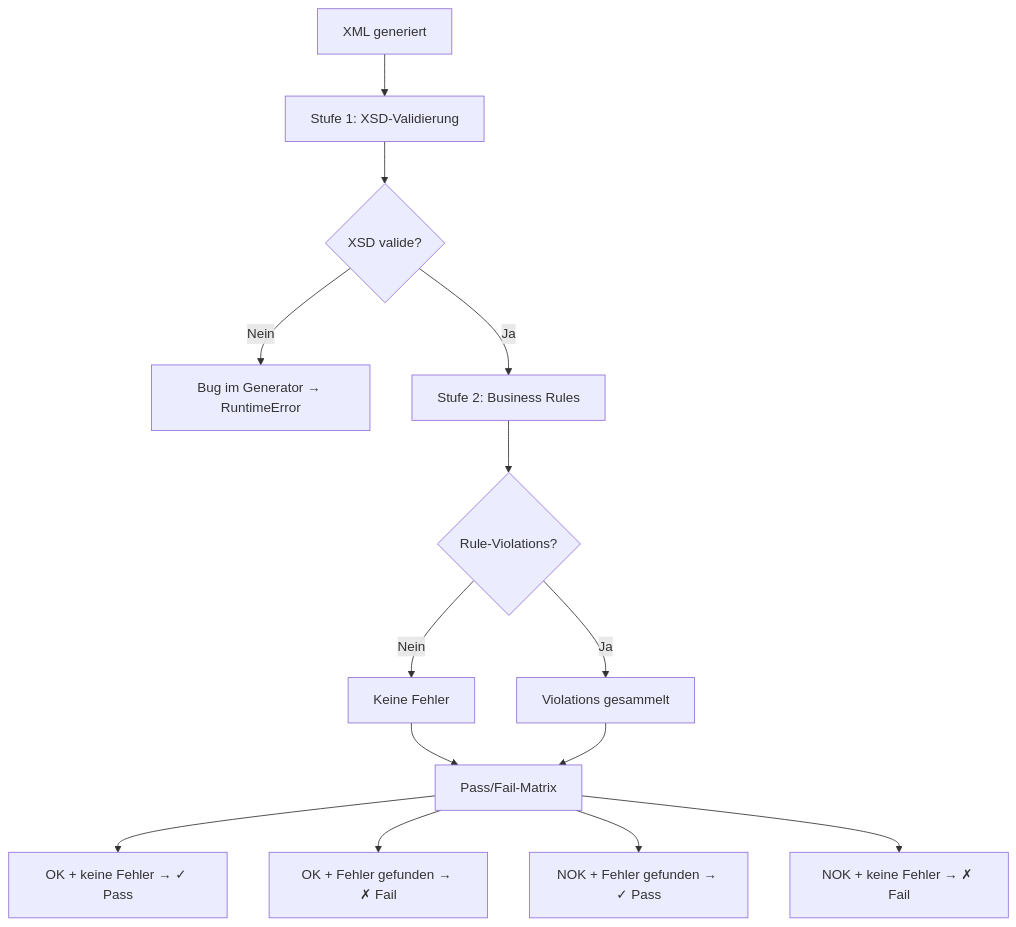
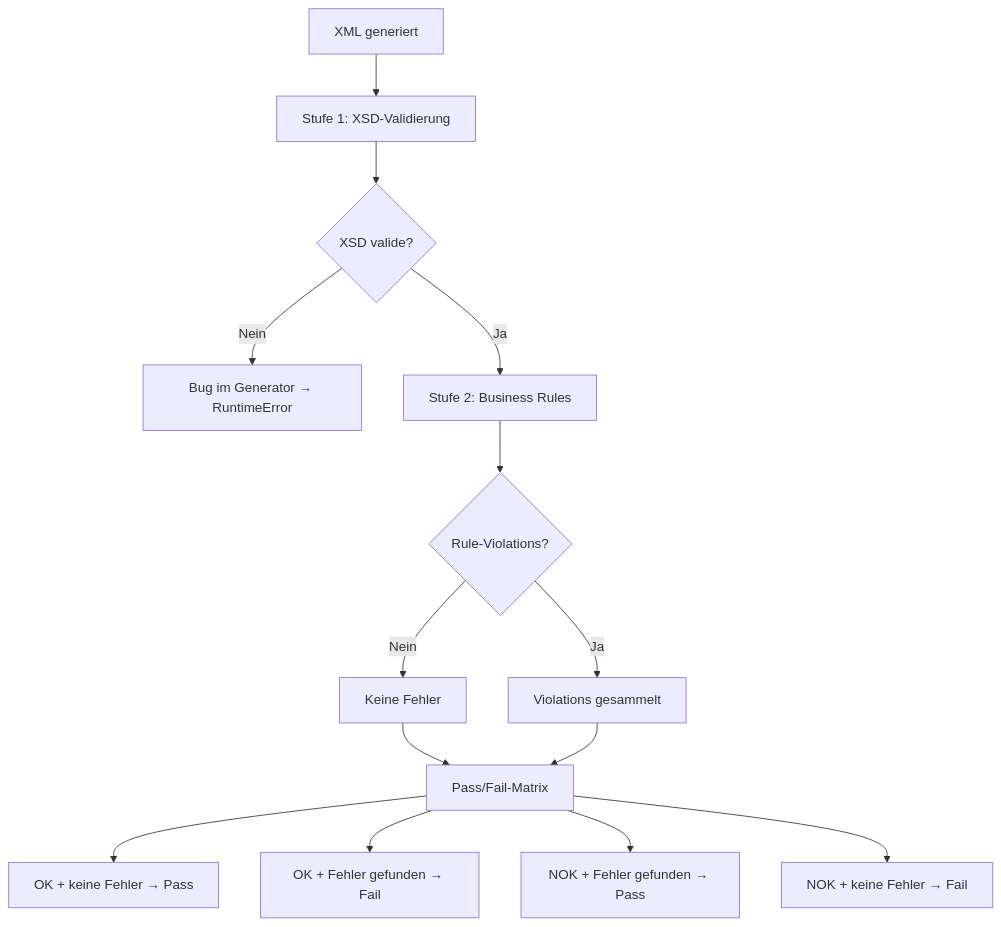
One commit to Sebastenhauer/iso20022tester changed the second of 3 diagrams in README.md. Above: the diagram before and after it, drawn with Mermaid. The commit also changed other lines of this file, not shown here.

````diff
--- a/README.md
+++ b/README.md
@@ -63,17 +77,17 @@
 ```mermaid
 flowchart TD
     A[XML generiert] --> B[Stufe 1: XSD-Validierung]
     B --> C{XSD valide?}
     C -- Nein --> D["Bug im Generator → RuntimeError"]
     C -- Ja --> E[Stufe 2: Business Rules]
     E --> F{Rule-Violations?}
     F -- Nein --> G[Keine Fehler]
     F -- Ja --> H[Violations gesammelt]
 
     G & H --> I[Pass/Fail-Matrix]
 
-    I --> J["OK + keine Fehler → ✓ Pass"]
-    I --> K["OK + Fehler gefunden → ✗ Fail"]
-    I --> L["NOK + Fehler gefunden → ✓ Pass"]
-    I --> M["NOK + keine Fehler → ✗ Fail"]
+    I --> J["OK + keine Fehler → Pass"]
+    I --> K["OK + Fehler gefunden → Fail"]
+    I --> L["NOK + Fehler gefunden → Pass"]
+    I --> M["NOK + keine Fehler → Fail"]
 ```
````
